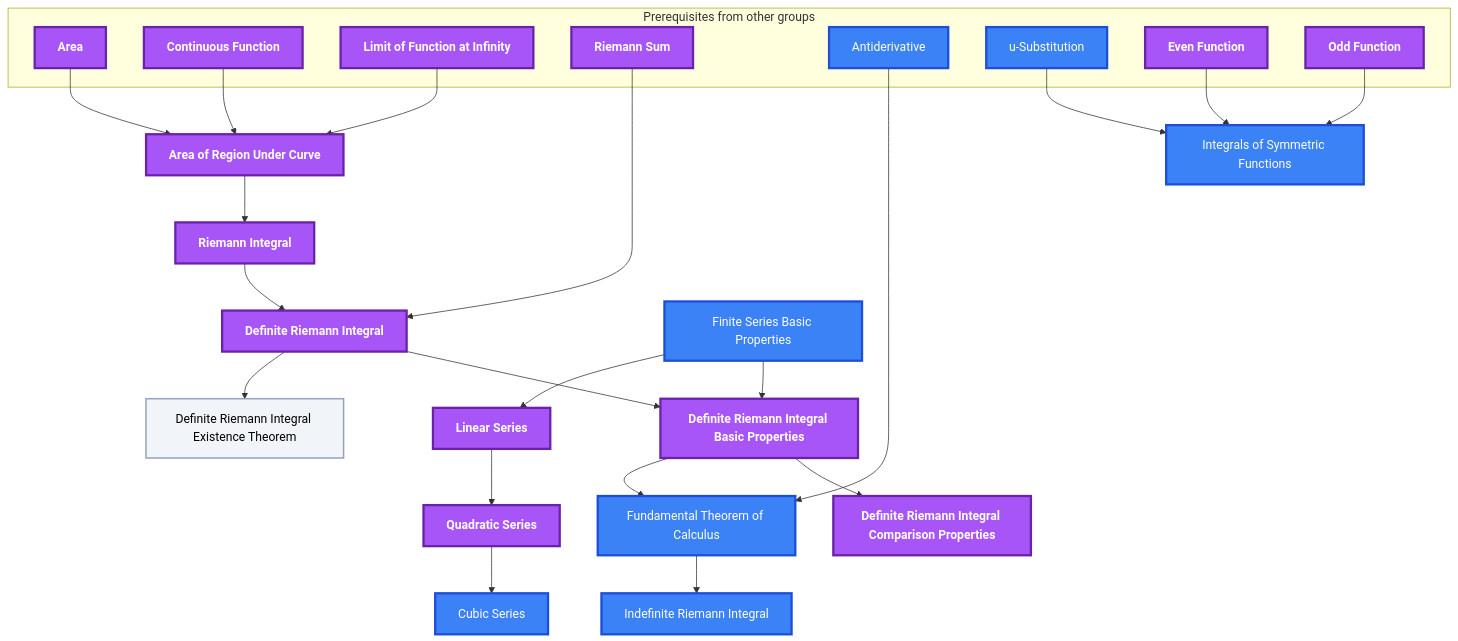
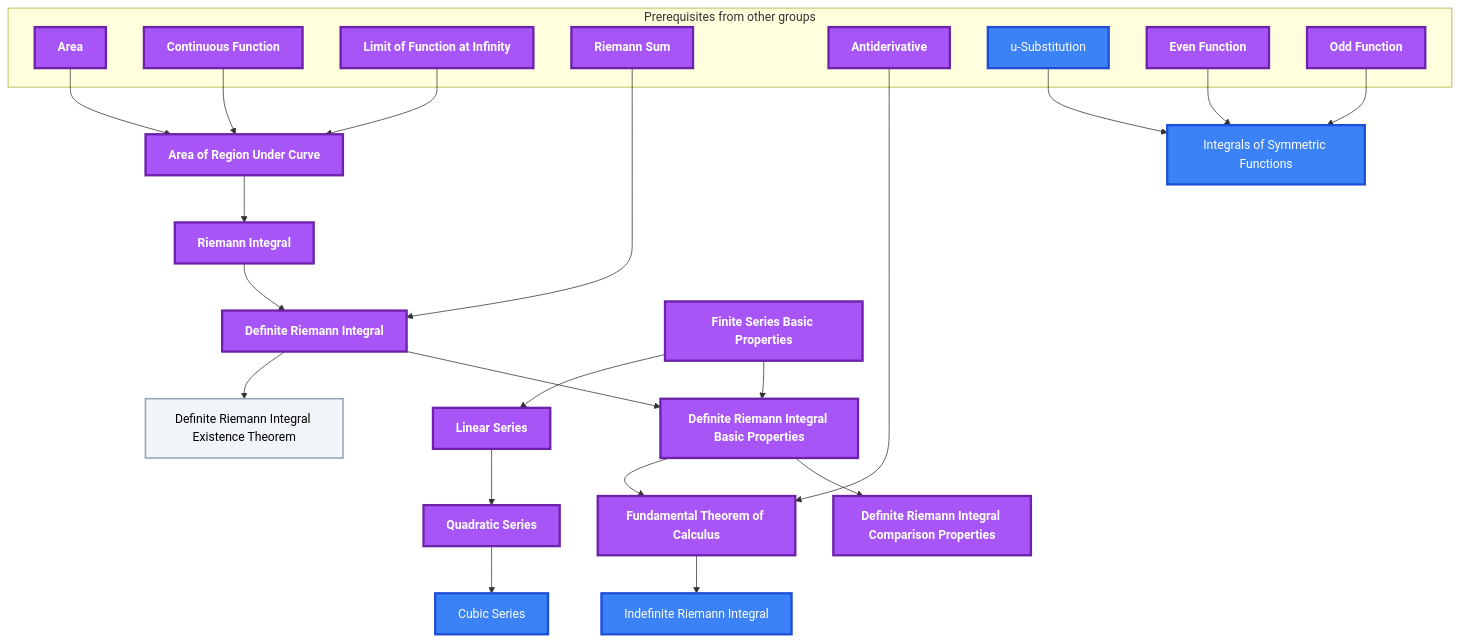
One commit to MRauf1/My-Notes changed the fourth of 13 diagrams in Gamification/Skill Trees/Calculus.md. Above: the diagram before and after it, drawn with Mermaid. The commit also changed other lines of this file and 73 other files, not shown here.

````diff
--- a/Gamification/Skill Trees/Calculus.md
+++ b/Gamification/Skill Trees/Calculus.md
@@ -500,58 +500,58 @@
 ```mermaid
 flowchart TD
     classDef planned fill:#1E293B,stroke:#64748B,stroke-width:2px,stroke-dasharray:5 5,color:#94A3B8;
     classDef locked fill:#334155,stroke:#475569,stroke-width:2px,color:#94A3B8;
     classDef L0 fill:#F1F5F9,stroke:#94A3B8,stroke-width:2px,color:#000000;
     classDef L1 fill:#22C55E,stroke:#15803D,stroke-width:2px,color:#000000;
     classDef L2 fill:#3B82F6,stroke:#1D4ED8,stroke-width:3px,color:#FFFFFF;
     classDef L3 fill:#A855F7,stroke:#6B21A8,stroke-width:3px,color:#FFFFFF,font-weight:bold;
     classDef L4 fill:#F97316,stroke:#C2410C,stroke-width:4px,color:#000000,font-weight:bold;
     classDef L5 fill:#FFD700,stroke:#FF8C00,stroke-width:5px,color:#000000,font-weight:bold;
     classDef rusty stroke:#8B4513,stroke-width:4px,stroke-dasharray:3 3;
     subgraph sg_prereqs["Prerequisites from other groups"]
         n_area["Area"]
         n_continuous_function["Continuous Function"]
         n_limit_of_function_at_infinity["Limit of Function at Infinity"]
         n_riemann_sum["Riemann Sum"]
         n_antiderivative["Antiderivative"]
         n_u_substitution["u-Substitution"]
         n_even_function["Even Function"]
         n_odd_function["Odd Function"]
     end
     n_area_of_region_under_curve["Area of Region Under Curve"]
     n_definite_riemann_integral["Definite Riemann Integral"]
     n_riemann_integral["Riemann Integral"]
     n_definite_riemann_integral_existence_theorem["Definite Riemann Integral Existence Theorem"]
     n_quadratic_series["Quadratic Series"]
     n_cubic_series["Cubic Series"]
     n_finite_series_basic_properties["Finite Series Basic Properties"]
     n_linear_series["Linear Series"]
     n_definite_riemann_integral_basic_properties["Definite Riemann Integral Basic Properties"]
     n_fundamental_theorem_of_calculus["Fundamental Theorem of Calculus"]
     n_indefinite_riemann_integral["Indefinite Riemann Integral"]
     n_definite_riemann_integral_comparison_properties["Definite Riemann Integral Comparison Properties"]
     n_integrals_of_symmetric_functions["Integrals of Symmetric Functions"]
     n_area --> n_area_of_region_under_curve
     n_continuous_function --> n_area_of_region_under_curve
     n_limit_of_function_at_infinity --> n_area_of_region_under_curve
     n_riemann_sum --> n_definite_riemann_integral
     n_riemann_integral --> n_definite_riemann_integral
     n_area_of_region_under_curve --> n_riemann_integral
     n_definite_riemann_integral --> n_definite_riemann_integral_existence_theorem
     n_linear_series --> n_quadratic_series
     n_quadratic_series --> n_cubic_series
     n_finite_series_basic_properties --> n_linear_series
     n_definite_riemann_integral --> n_definite_riemann_integral_basic_properties
     n_finite_series_basic_properties --> n_definite_riemann_integral_basic_properties
     n_antiderivative --> n_fundamental_theorem_of_calculus
     n_definite_riemann_integral_basic_properties --> n_fundamental_theorem_of_calculus
     n_fundamental_theorem_of_calculus --> n_indefinite_riemann_integral
     n_definite_riemann_integral_basic_properties --> n_definite_riemann_integral_comparison_properties
     n_u_substitution --> n_integrals_of_symmetric_functions
     n_even_function --> n_integrals_of_symmetric_functions
     n_odd_function --> n_integrals_of_symmetric_functions
     class n_definite_riemann_integral_existence_theorem L0;
-    class n_antiderivative,n_u_substitution,n_cubic_series,n_finite_series_basic_properties,n_fundamental_theorem_of_calculus,n_indefinite_riemann_integral,n_integrals_of_symmetric_functions L2;
-    class n_area,n_continuous_function,n_limit_of_function_at_infinity,n_riemann_sum,n_even_function,n_odd_function,n_area_of_region_under_curve,n_definite_riemann_integral,n_riemann_integral,n_quadratic_series,n_linear_series,n_definite_riemann_integral_basic_properties,n_definite_riemann_integral_comparison_properties L3;
+    class n_u_substitution,n_cubic_series,n_indefinite_riemann_integral,n_integrals_of_symmetric_functions L2;
+    class n_area,n_continuous_function,n_limit_of_function_at_infinity,n_riemann_sum,n_antiderivative,n_even_function,n_odd_function,n_area_of_region_under_curve,n_definite_riemann_integral,n_riemann_integral,n_quadratic_series,n_finite_series_basic_properties,n_linear_series,n_definite_riemann_integral_basic_properties,n_fundamental_theorem_of_calculus,n_definite_riemann_integral_comparison_properties L3;
     class n_area,n_continuous_function,n_limit_of_function_at_infinity,n_riemann_sum,n_antiderivative,n_u_substitution,n_even_function,n_odd_function,n_area_of_region_under_curve,n_definite_riemann_integral,n_riemann_integral,n_definite_riemann_integral_existence_theorem,n_quadratic_series,n_cubic_series,n_finite_series_basic_properties,n_linear_series,n_definite_riemann_integral_basic_properties,n_fundamental_theorem_of_calculus,n_indefinite_riemann_integral,n_definite_riemann_integral_comparison_properties,n_integrals_of_symmetric_functions internal-link;
 ```
````
